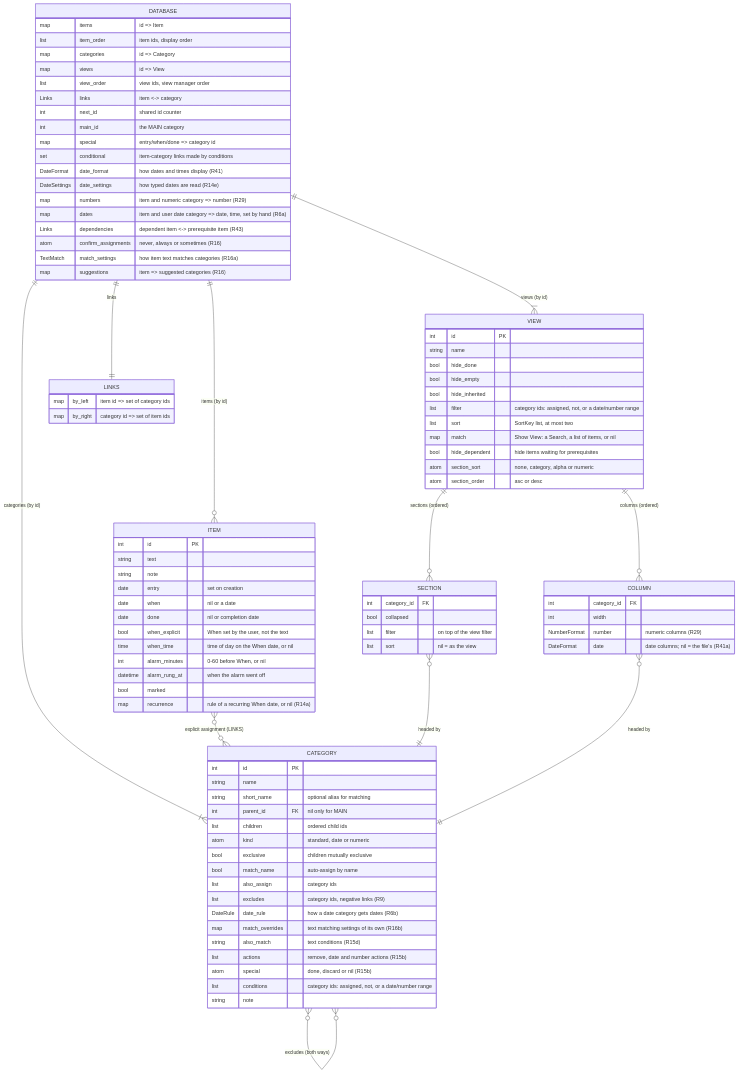
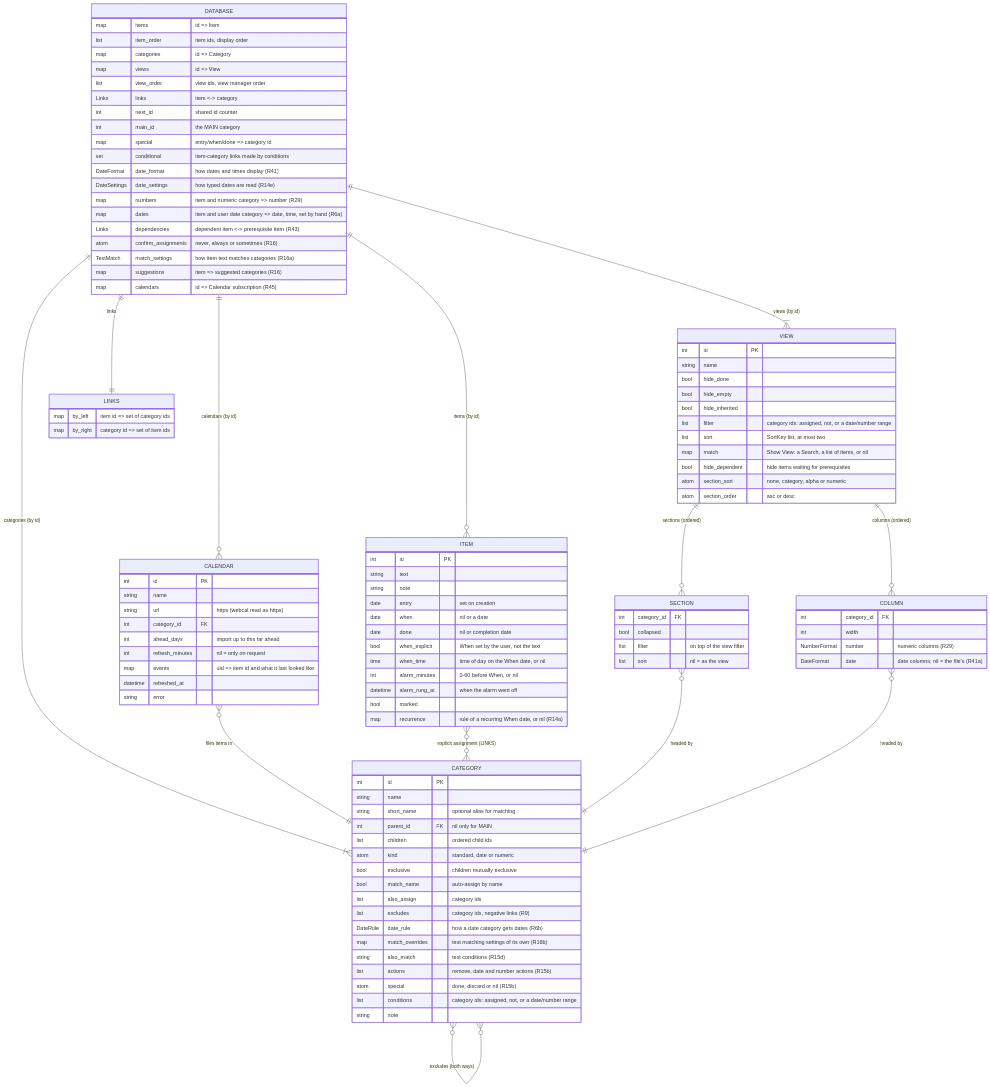
One commit to jamting/agendum changed the first of 6 diagrams in docs/DATA_MODEL.md. Above: the diagram before and after it, drawn with Mermaid. The commit also changed other lines of this file and 14 other files, not shown here.

````diff
--- a/docs/DATA_MODEL.md
+++ b/docs/DATA_MODEL.md
@@ -15,6 +15,8 @@
     DATABASE ||--|{ CATEGORY : "categories (by id)"
     DATABASE ||--|{ VIEW : "views (by id)"
     DATABASE ||--|| LINKS : "links"
+    DATABASE ||--o{ CALENDAR : "calendars (by id)"
+    CALENDAR }o--|| CATEGORY : "files items in"
     CATEGORY ||--o{ CATEGORY : "children (ordered)"
     ITEM }o--o{ CATEGORY : "explicit assignment (LINKS)"
     CATEGORY }o--o{ CATEGORY : "also_assign"
@@ -43,6 +45,7 @@
         atom confirm_assignments "never, always or sometimes (R16)"
         TextMatch match_settings "how item text matches categories (R16a)"
         map suggestions "item => suggested categories (R16)"
+        map calendars "id => Calendar subscription (R45)"
     }
     ITEM {
         int id PK
@@ -106,4 +109,15 @@
         map by_left "item id => set of category ids"
         map by_right "category id => set of item ids"
     }
+    CALENDAR {
+        int id PK
+        string name
+        string url "https (webcal read as https)"
+        int category_id FK
+        int ahead_days "import up to this far ahead"
+        int refresh_minutes "nil = only on request"
+        map events "uid => item id and what it last looked like"
+        datetime refreshed_at
+        string error
+    }
 ```
````
